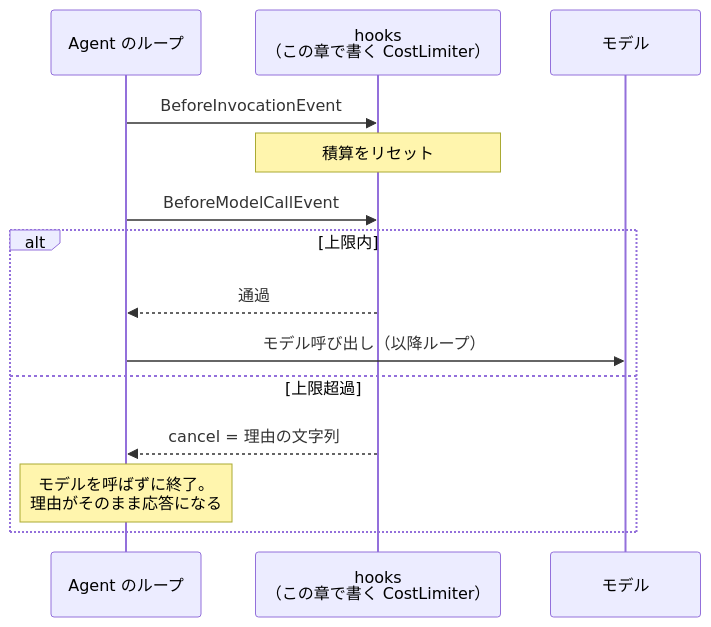
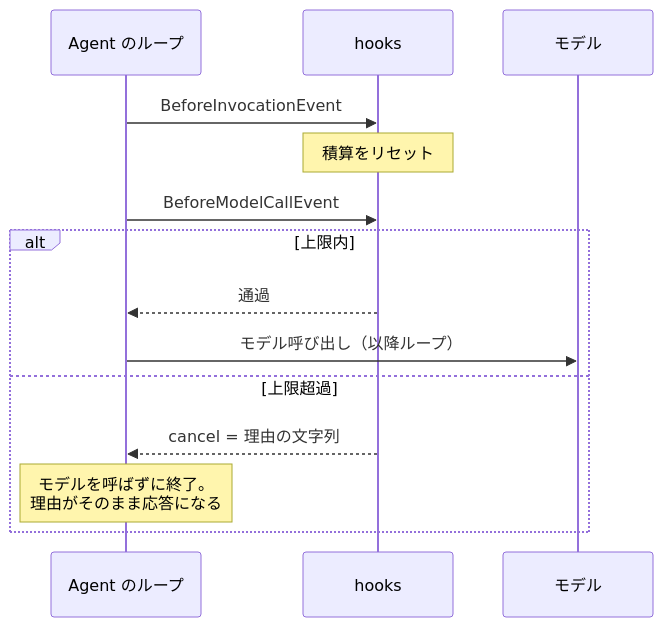
Before and after one commit to Relic-Kamakura/agent-platform: the second of 2 diagrams in 1-basic/04-cost-control/README.md, drawn with Mermaid. The commit also changed other lines of this file and 18 other files, not shown here.

Commit message:
Mermaid 図を古いレンダラでも描ける書き方に統一し、文体を整える

````diff
--- a/1-basic/04-cost-control/README.md
+++ b/1-basic/04-cost-control/README.md
@@ -78,17 +78,17 @@
 ```mermaid
 sequenceDiagram
     participant L as Agent のループ
-    participant H as hooks<br/>（この章で書く CostLimiter）
+    participant H as hooks
     participant M as モデル
 
     L->>H: BeforeInvocationEvent
     Note over H: 積算をリセット
     L->>H: BeforeModelCallEvent
     alt 上限内
         H-->>L: 通過
         L->>M: モデル呼び出し（以降ループ）
     else 上限超過
         H-->>L: cancel = 理由の文字列
         Note over L: モデルを呼ばずに終了。<br/>理由がそのまま応答になる
     end
 ```
````
